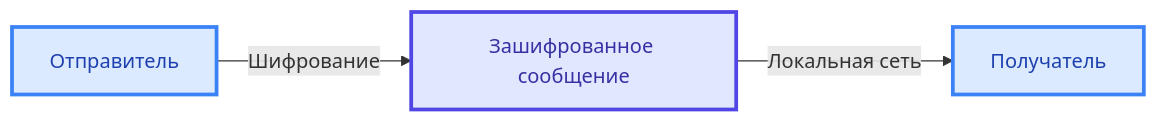
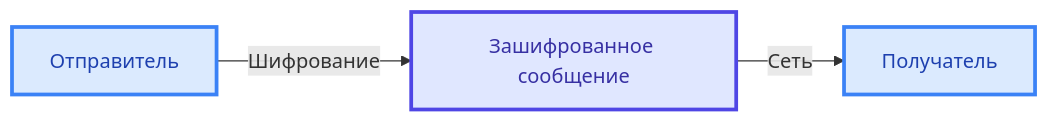
One commit to CasCadeVR/MIN changed the third of 5 diagrams in README.ru.md. Above: the diagram before and after it, drawn with Mermaid. The commit also changed other lines of this file and 196 other files, not shown here.

````diff
--- a/README.ru.md
+++ b/README.ru.md
@@ -263,13 +271,13 @@
 ```mermaid
 flowchart LR
     classDef sender fill:#dbeafe,stroke:#3b82f6,stroke-width:3px,color:#1e40af
     classDef encrypted fill:#e0e7ff,stroke:#4f46e5,stroke-width:3px,color:#3730a3
     classDef recipient fill:#dbeafe,stroke:#3b82f6,stroke-width:3px,color:#1e40af
     
     A["Отправитель"] -->|"Шифрование"| B["Зашифрованное сообщение"]
-    B -->|"Локальная сеть"| C["Получатель"]
+    B -->|"Сеть"| C["Получатель"]
     
     class A sender;
     class B encrypted;
     class C recipient
 ```
````
